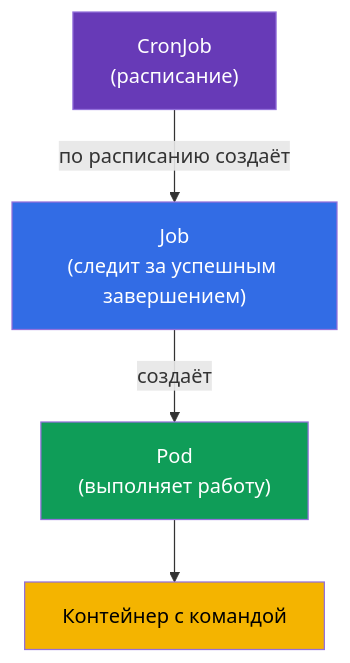
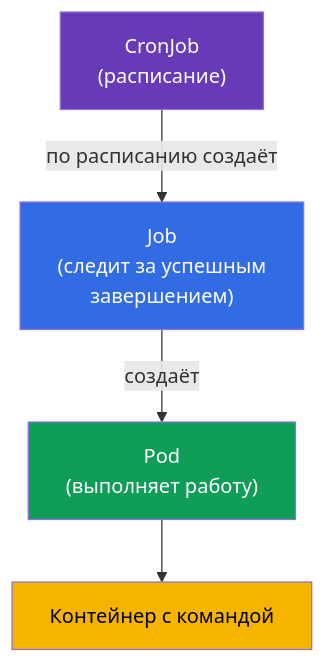
One commit to ViktorUJ/cks changed the fifth of 5 diagrams in tasks/cka/course/10/ru.md. Above: the diagram before and after it, drawn with Mermaid. The commit also changed other lines of this file and 3 other files, not shown here.

````diff
--- a/tasks/cka/course/10/ru.md
+++ b/tasks/cka/course/10/ru.md
@@ -209,10 +243,10 @@
 ```mermaid
 flowchart TB
-    cj["CronJob<br>(расписание)"] -->|"по расписанию создаёт"| job["Job<br>(следит за успешным завершением)"]
+    cj["CronJob<br>(расписание)"] -->|"по расписанию создаёт"| job["Job<br>(следит за успешным<br>завершением)"]
     job -->|"создаёт"| pod["Pod<br>(выполняет работу)"]
     pod --> cont["Контейнер с командой"]
     style cj fill:#673ab7,color:#fff
     style job fill:#326ce5,color:#fff
     style pod fill:#0f9d58,color:#fff
     style cont fill:#f4b400,color:#000
 ```
````
